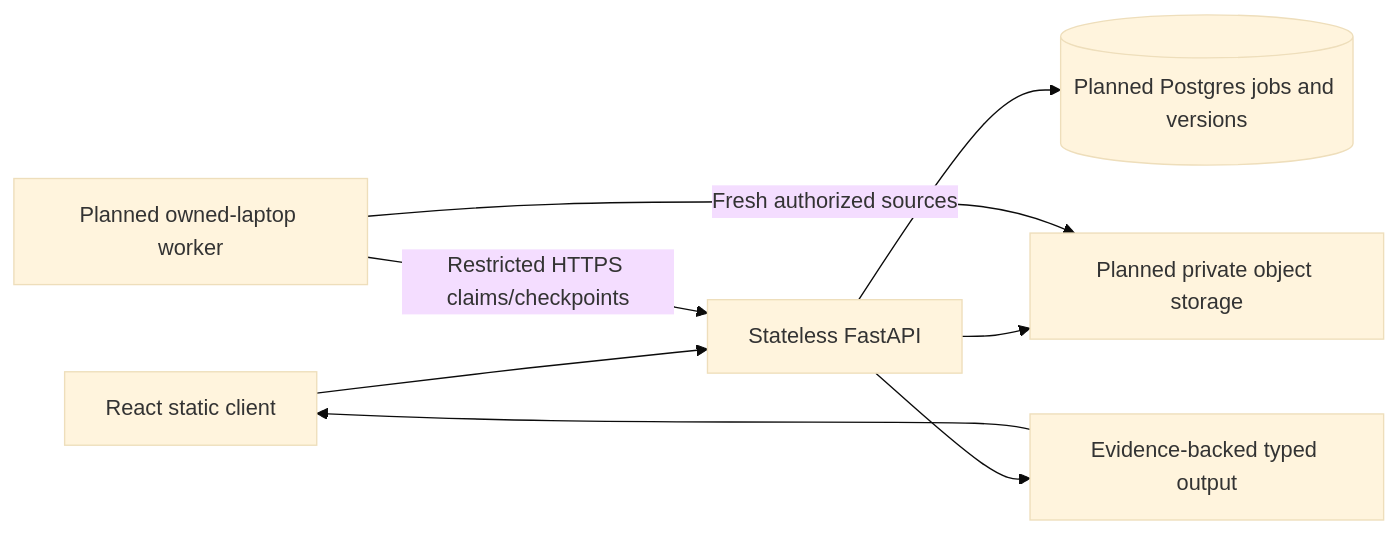
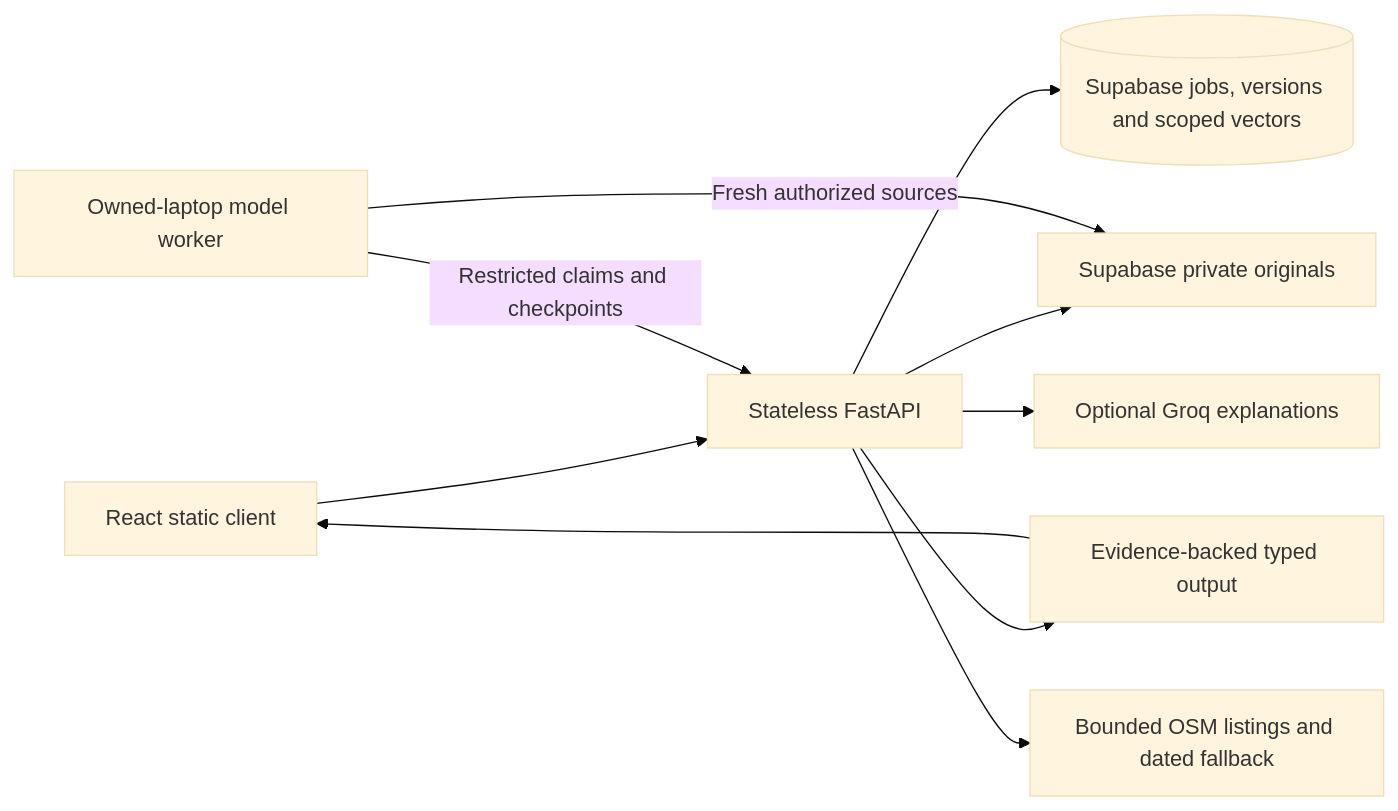
One commit to kushal-s0/odyssey changed the diagram in docs/ARCHITECTURE.md. Above: the diagram before and after it, drawn with Mermaid (base theme). The commit also changed other lines of this file and 192 other files, not shown here.

Commit message:
Complete local judge workflows, graph comparisons and source safeguards

````diff
--- a/docs/ARCHITECTURE.md
+++ b/docs/ARCHITECTURE.md
@@ -5,10 +5,12 @@
 ```mermaid
 flowchart LR
   W[React static client] --> A[Stateless FastAPI]
-  A --> D[(Planned Postgres jobs and versions)]
-  A --> S[Planned private object storage]
-  L[Planned owned-laptop worker] -->|Restricted HTTPS claims/checkpoints| A
+  A --> D[(Supabase jobs, versions and scoped vectors)]
+  A --> S[Supabase private originals]
+  L[Owned-laptop model worker] -->|Restricted claims and checkpoints| A
   L -->|Fresh authorized sources| S
   A --> V[Evidence-backed typed output]
   V --> W
+  A --> G[Optional Groq explanations]
+  A --> O[Bounded OSM listings and dated fallback]
 ```
````
